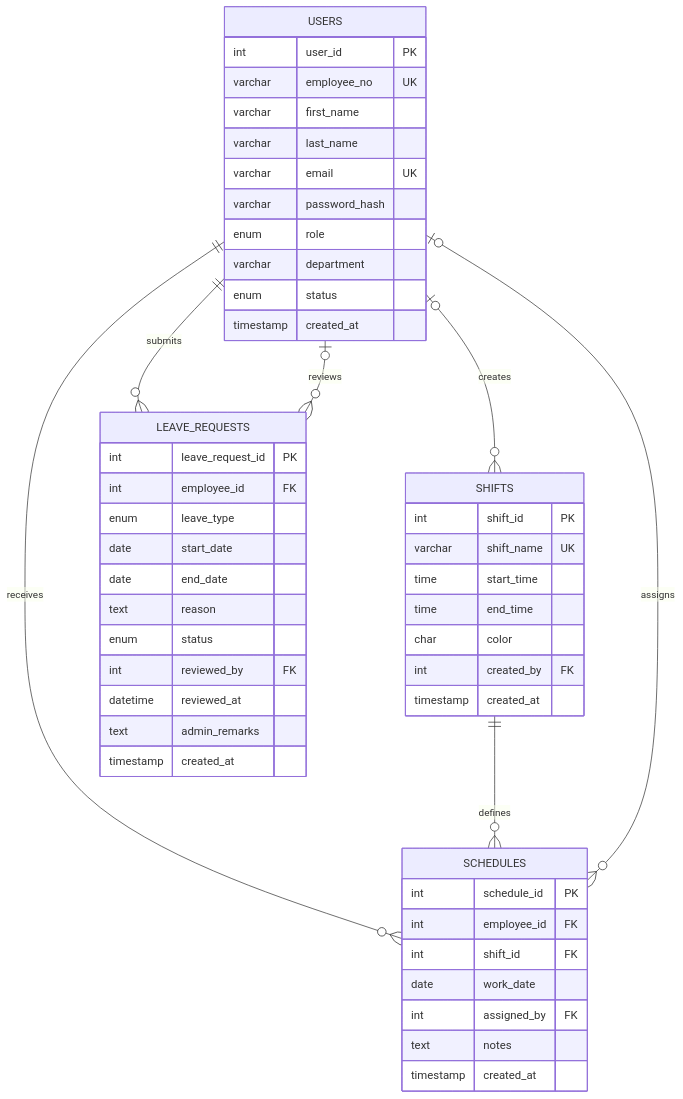
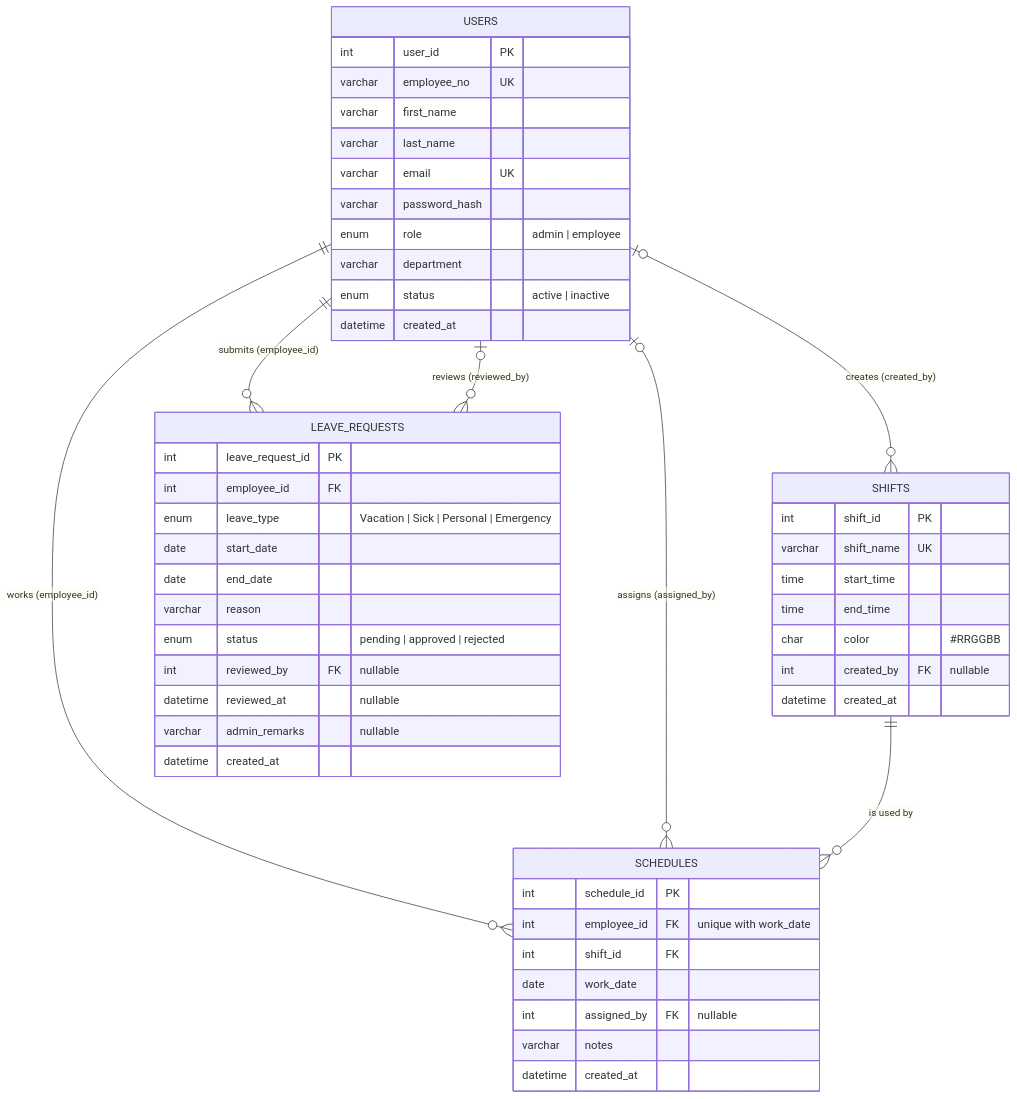
One commit to cylexuzxc/ShiftSync changed the diagram in ERD.md. Above: the diagram before and after it, drawn with Mermaid. The commit also changed other lines of this file and 5 other files, not shown here.

````diff
--- a/ERD.md
+++ b/ERD.md
@@ -3,53 +9,53 @@
 ```mermaid
 erDiagram
-    USERS ||--o{ SCHEDULES : receives
-    SHIFTS ||--o{ SCHEDULES : defines
-    USERS o|--o{ SCHEDULES : assigns
-    USERS ||--o{ LEAVE_REQUESTS : submits
-    USERS o|--o{ LEAVE_REQUESTS : reviews
-    USERS o|--o{ SHIFTS : creates
+    USERS ||--o{ SCHEDULES : "works (employee_id)"
+    USERS |o--o{ SCHEDULES : "assigns (assigned_by)"
+    SHIFTS ||--o{ SCHEDULES : "is used by"
+    USERS ||--o{ LEAVE_REQUESTS : "submits (employee_id)"
+    USERS |o--o{ LEAVE_REQUESTS : "reviews (reviewed_by)"
+    USERS |o--o{ SHIFTS : "creates (created_by)"
 
     USERS {
         int user_id PK
         varchar employee_no UK
         varchar first_name
         varchar last_name
         varchar email UK
         varchar password_hash
-        enum role
+        enum role "admin | employee"
         varchar department
-        enum status
-        timestamp created_at
+        enum status "active | inactive"
+        datetime created_at
     }
     SHIFTS {
         int shift_id PK
         varchar shift_name UK
         time start_time
         time end_time
-        char color
-        int created_by FK
-        timestamp created_at
+        char color "#RRGGBB"
+        int created_by FK "nullable"
+        datetime created_at
     }
     SCHEDULES {
         int schedule_id PK
-        int employee_id FK
+        int employee_id FK "unique with work_date"
         int shift_id FK
         date work_date
-        int assigned_by FK
-        text notes
-        timestamp created_at
+        int assigned_by FK "nullable"
+        varchar notes
+        datetime created_at
     }
     LEAVE_REQUESTS {
         int leave_request_id PK
         int employee_id FK
-        enum leave_type
+        enum leave_type "Vacation | Sick | Personal | Emergency"
         date start_date
         date end_date
-        text reason
-        enum status
-        int reviewed_by FK
-        datetime reviewed_at
-        text admin_remarks
-        timestamp created_at
+        varchar reason
+        enum status "pending | approved | rejected"
+        int reviewed_by FK "nullable"
+        datetime reviewed_at "nullable"
+        varchar admin_remarks "nullable"
+        datetime created_at
     }
 ```
````
